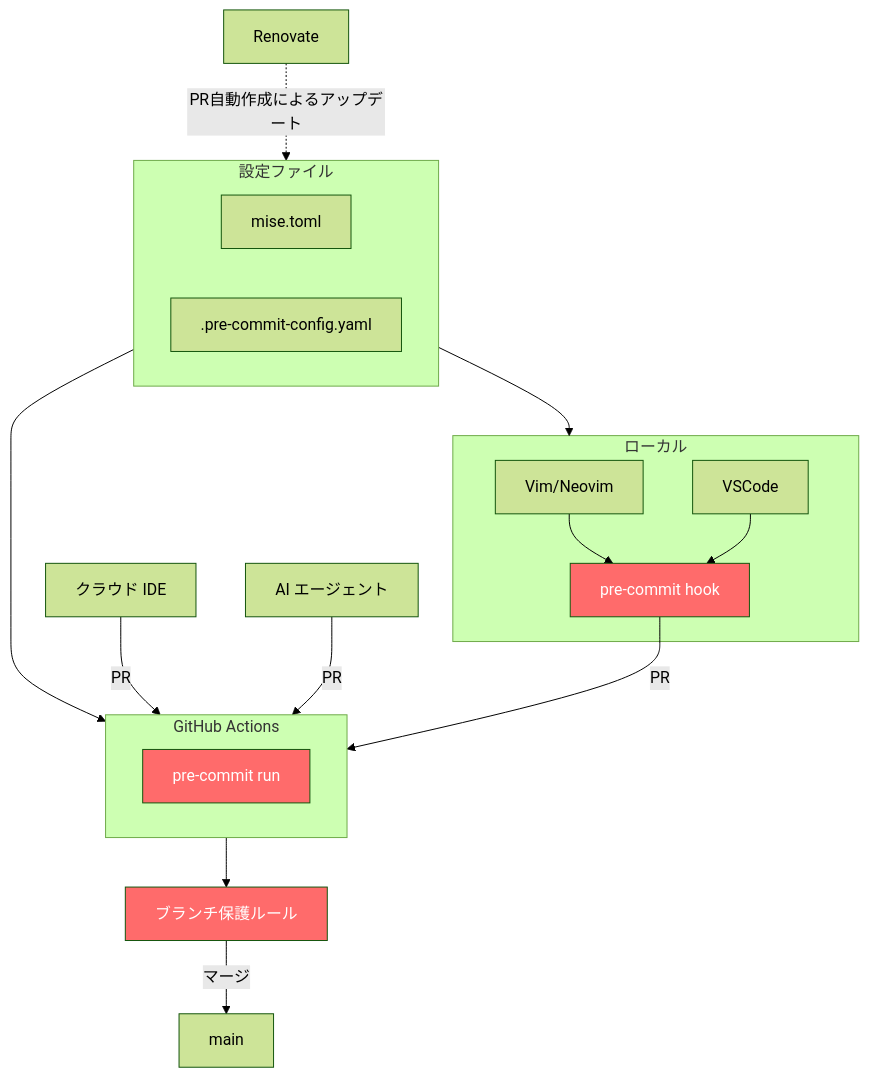
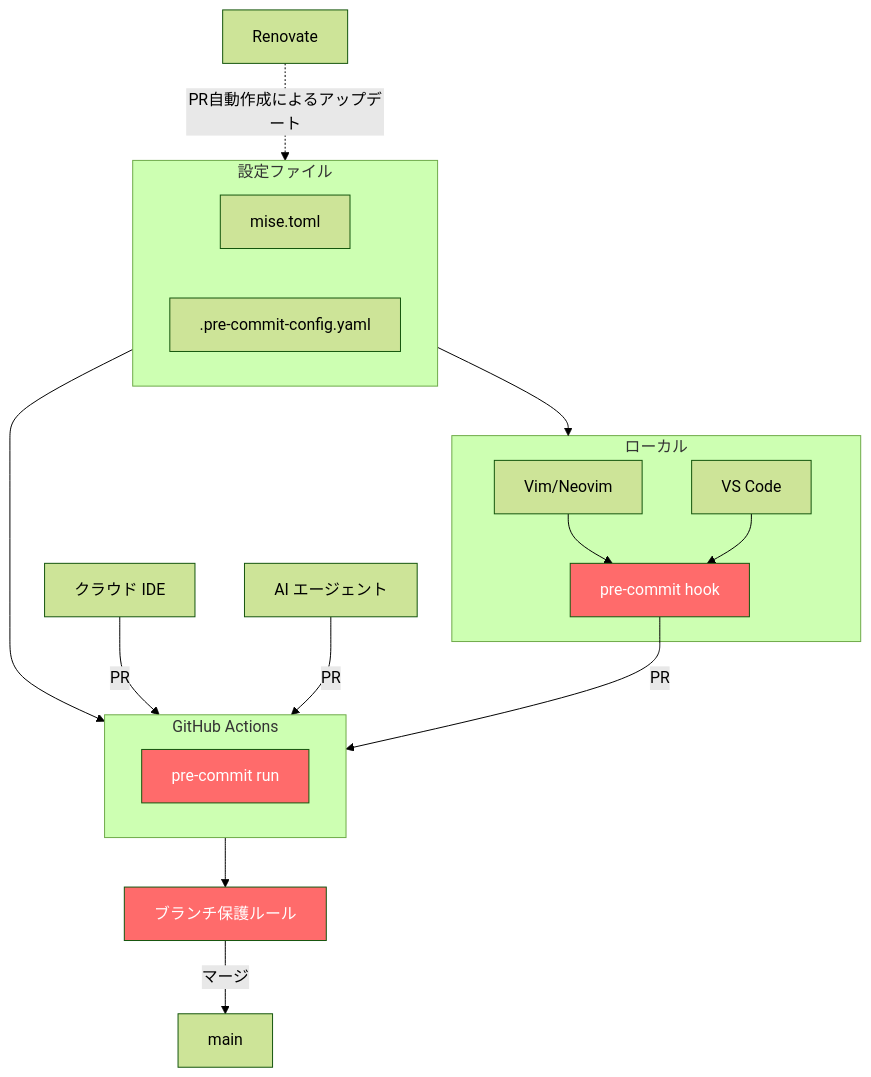
Before and after one commit to i9wa4/zenn-i9wa4: the diagram in articles/2025-12-06-ai-guardrails-local-cloud.md, drawn with Mermaid (forest theme).

````diff
--- a/articles/2025-12-06-ai-guardrails-local-cloud.md
+++ b/articles/2025-12-06-ai-guardrails-local-cloud.md
@@ -29,34 +29,34 @@
 ```mermaid
 flowchart TB
     subgraph 設定ファイル
         F[mise.toml]
         G[.pre-commit-config.yaml]
     end
 
     設定ファイル --> ローカル & CI
 
     subgraph ローカル
         Vim[Vim/Neovim]
-        VSCode[VSCode]
+        VSCode[VS Code]
         L[pre-commit hook]
     end
     Vim --> L
     VSCode --> L
 
     Cloud[クラウド IDE] -->|PR| CI
     AI[AI エージェント] -->|PR| CI
     L -->|PR| CI
 
     subgraph CI[GitHub Actions]
         D[pre-commit run]
     end
 
     CI --> P[ブランチ保護ルール]
     P -->|マージ| M[main]
 
     E[Renovate] -.->|PR自動作成によるアップデート| 設定ファイル
 
     style L fill:#ff6b6b,color:#fff
     style D fill:#ff6b6b,color:#fff
     style P fill:#ff6b6b,color:#fff
 ```
````
